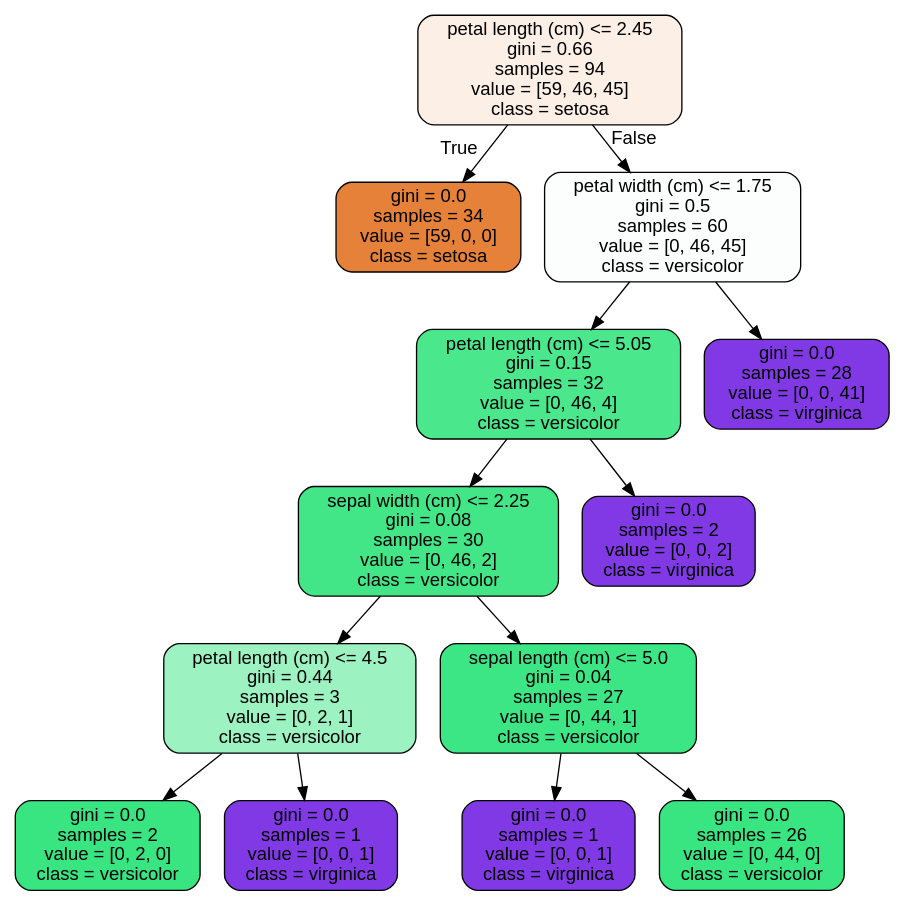
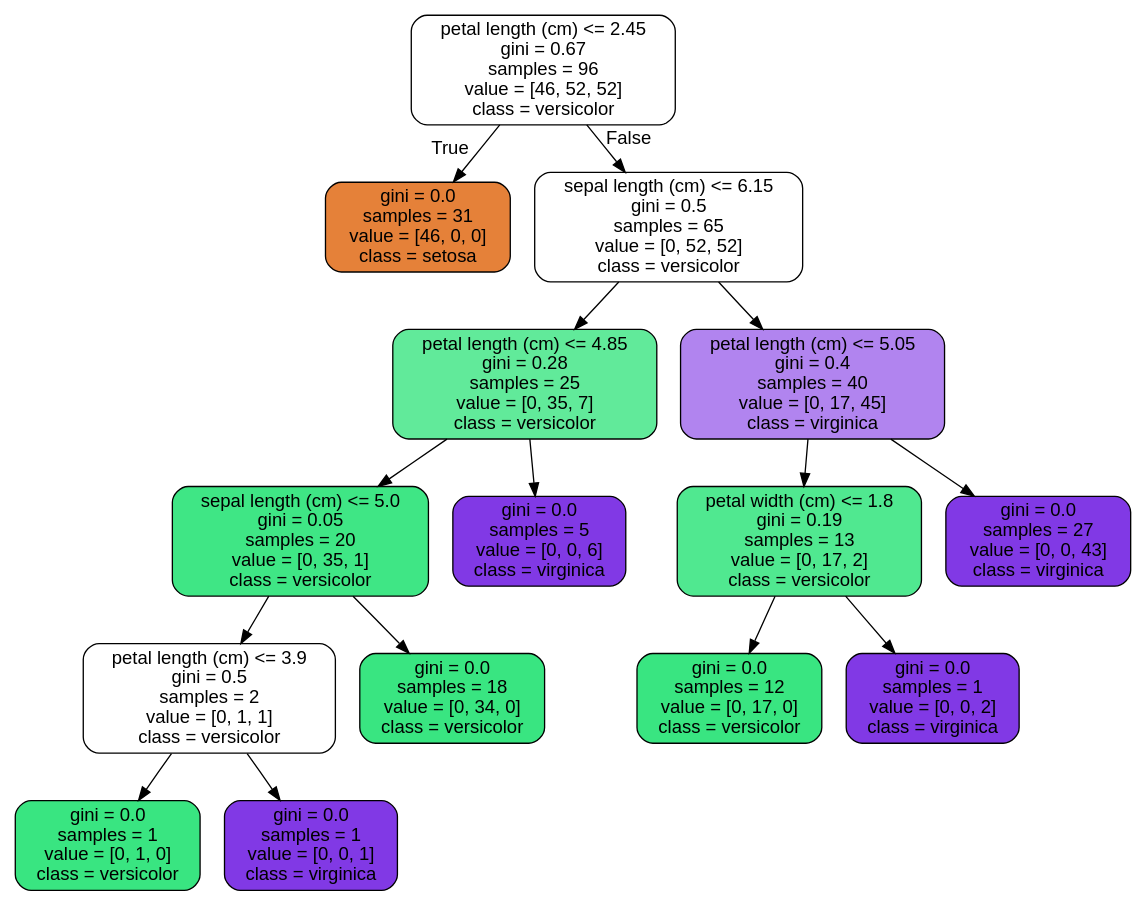
The diagram in Projects/Random_Forest_COVID_Case_Study/tree.dot (August-JF-Perez/AugustP_Springboard), drawn with Graphviz before and after one commit. The commit also changed 2 other files, not shown here.

```diff
--- a/Projects/Random_Forest_COVID_Case_Study/tree.dot
+++ b/Projects/Random_Forest_COVID_Case_Study/tree.dot
@@ -1,29 +1,33 @@
 digraph Tree {
 node [shape=box, style="filled, rounded", color="black", fontname="helvetica"] ;
 edge [fontname="helvetica"] ;
-0 [label="petal length (cm) <= 2.45\ngini = 0.66\nsamples = 94\nvalue = [59, 46, 45]\nclass = setosa", fillcolor="#fcefe6"] ;
-1 [label="gini = 0.0\nsamples = 34\nvalue = [59, 0, 0]\nclass = setosa", fillcolor="#e58139"] ;
+0 [label="petal length (cm) <= 2.45\ngini = 0.67\nsamples = 96\nvalue = [46, 52, 52]\nclass = versicolor", fillcolor="#ffffff"] ;
+1 [label="gini = 0.0\nsamples = 31\nvalue = [46, 0, 0]\nclass = setosa", fillcolor="#e58139"] ;
 0 -> 1 [labeldistance=2.5, labelangle=45, headlabel="True"] ;
-2 [label="petal width (cm) <= 1.75\ngini = 0.5\nsamples = 60\nvalue = [0, 46, 45]\nclass = versicolor", fillcolor="#fbfefc"] ;
+2 [label="sepal length (cm) <= 6.15\ngini = 0.5\nsamples = 65\nvalue = [0, 52, 52]\nclass = versicolor", fillcolor="#ffffff"] ;
 0 -> 2 [labeldistance=2.5, labelangle=-45, headlabel="False"] ;
-3 [label="petal length (cm) <= 5.05\ngini = 0.15\nsamples = 32\nvalue = [0, 46, 4]\nclass = versicolor", fillcolor="#4ae78c"] ;
+3 [label="petal length (cm) <= 4.85\ngini = 0.28\nsamples = 25\nvalue = [0, 35, 7]\nclass = versicolor", fillcolor="#61ea9a"] ;
 2 -> 3 ;
-4 [label="sepal width (cm) <= 2.25\ngini = 0.08\nsamples = 30\nvalue = [0, 46, 2]\nclass = versicolor", fillcolor="#42e686"] ;
+4 [label="sepal length (cm) <= 5.0\ngini = 0.05\nsamples = 20\nvalue = [0, 35, 1]\nclass = versicolor", fillcolor="#3fe685"] ;
 3 -> 4 ;
-5 [label="petal length (cm) <= 4.5\ngini = 0.44\nsamples = 3\nvalue = [0, 2, 1]\nclass = versicolor", fillcolor="#9cf2c0"] ;
+5 [label="petal length (cm) <= 3.9\ngini = 0.5\nsamples = 2\nvalue = [0, 1, 1]\nclass = versicolor", fillcolor="#ffffff"] ;
 4 -> 5 ;
-6 [label="gini = 0.0\nsamples = 2\nvalue = [0, 2, 0]\nclass = versicolor", fillcolor="#39e581"] ;
+6 [label="gini = 0.0\nsamples = 1\nvalue = [0, 1, 0]\nclass = versicolor", fillcolor="#39e581"] ;
 5 -> 6 ;
 7 [label="gini = 0.0\nsamples = 1\nvalue = [0, 0, 1]\nclass = virginica", fillcolor="#8139e5"] ;
 5 -> 7 ;
-8 [label="sepal length (cm) <= 5.0\ngini = 0.04\nsamples = 27\nvalue = [0, 44, 1]\nclass = versicolor", fillcolor="#3de684"] ;
+8 [label="gini = 0.0\nsamples = 18\nvalue = [0, 34, 0]\nclass = versicolor", fillcolor="#39e581"] ;
 4 -> 8 ;
-9 [label="gini = 0.0\nsamples = 1\nvalue = [0, 0, 1]\nclass = virginica", fillcolor="#8139e5"] ;
-8 -> 9 ;
-10 [label="gini = 0.0\nsamples = 26\nvalue = [0, 44, 0]\nclass = versicolor", fillcolor="#39e581"] ;
-8 -> 10 ;
-11 [label="gini = 0.0\nsamples = 2\nvalue = [0, 0, 2]\nclass = virginica", fillcolor="#8139e5"] ;
-3 -> 11 ;
-12 [label="gini = 0.0\nsamples = 28\nvalue = [0, 0, 41]\nclass = virginica", fillcolor="#8139e5"] ;
-2 -> 12 ;
+9 [label="gini = 0.0\nsamples = 5\nvalue = [0, 0, 6]\nclass = virginica", fillcolor="#8139e5"] ;
+3 -> 9 ;
+10 [label="petal length (cm) <= 5.05\ngini = 0.4\nsamples = 40\nvalue = [0, 17, 45]\nclass = virginica", fillcolor="#b184ef"] ;
+2 -> 10 ;
+11 [label="petal width (cm) <= 1.8\ngini = 0.19\nsamples = 13\nvalue = [0, 17, 2]\nclass = versicolor", fillcolor="#50e890"] ;
+10 -> 11 ;
+12 [label="gini = 0.0\nsamples = 12\nvalue = [0, 17, 0]\nclass = versicolor", fillcolor="#39e581"] ;
+11 -> 12 ;
+13 [label="gini = 0.0\nsamples = 1\nvalue = [0, 0, 2]\nclass = virginica", fillcolor="#8139e5"] ;
+11 -> 13 ;
+14 [label="gini = 0.0\nsamples = 27\nvalue = [0, 0, 43]\nclass = virginica", fillcolor="#8139e5"] ;
+10 -> 14 ;
 }
```
